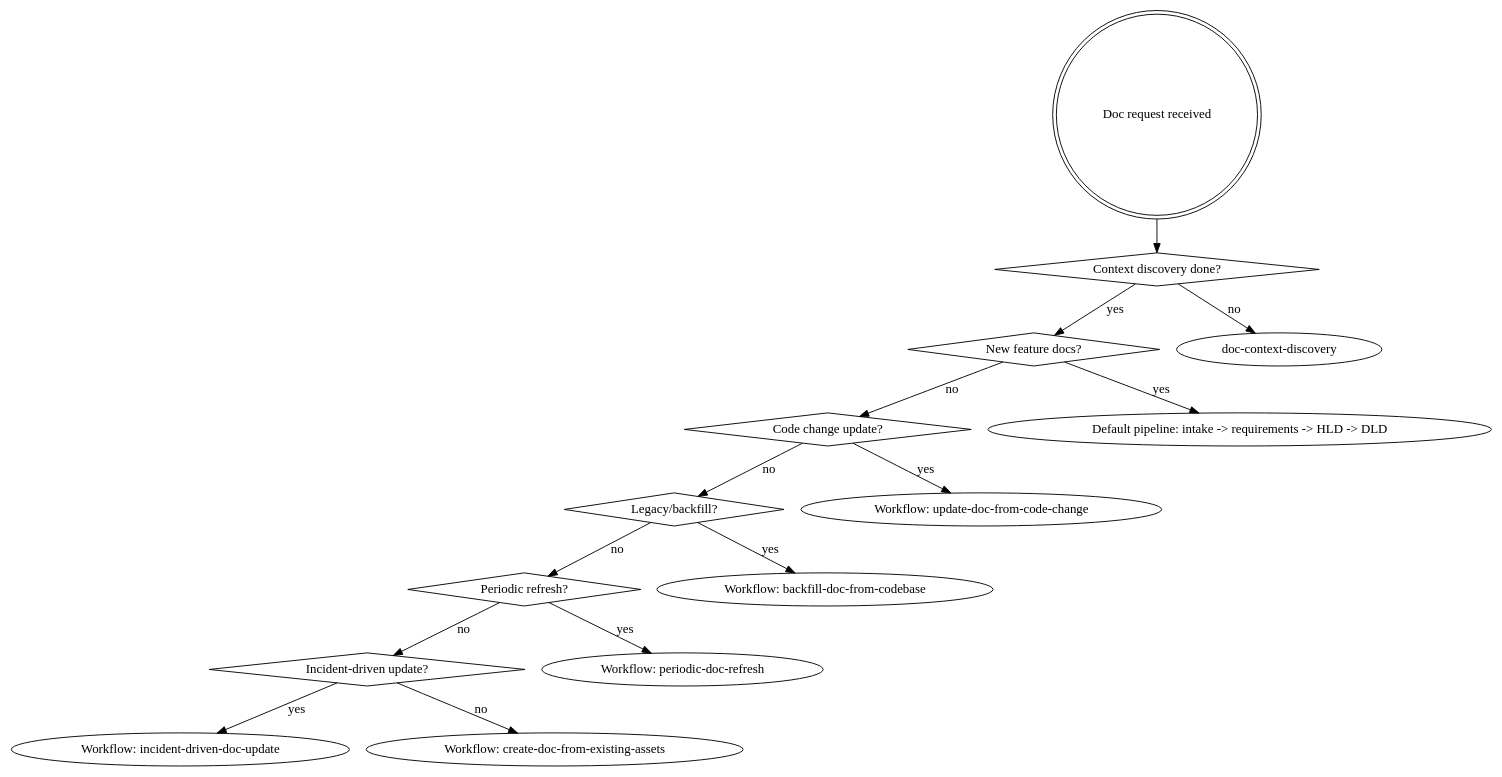
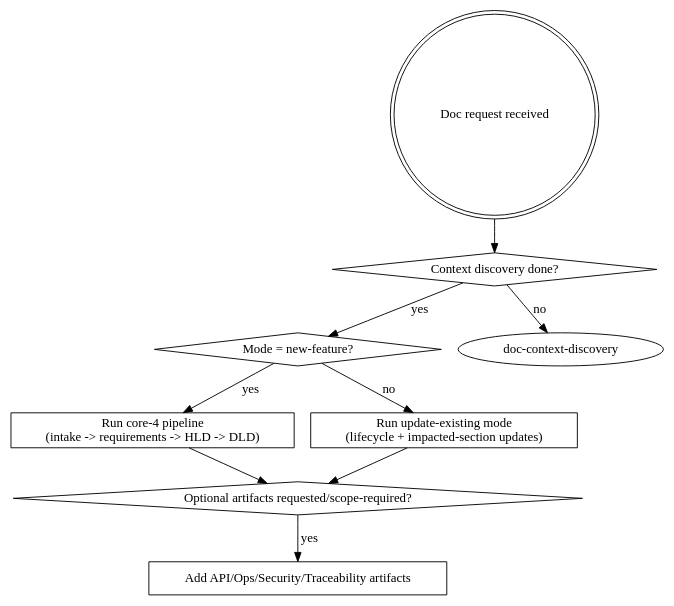
One commit to nguyenhuyhoanganh/docs-skills changed the diagram in .cline/skills/using-doc-superpowers/SKILL.md. Above: the diagram before and after it, drawn with Graphviz. The commit also changed other lines of this file and 25 other files, not shown here.

````diff
--- a/.cline/skills/using-doc-superpowers/SKILL.md
+++ b/.cline/skills/using-doc-superpowers/SKILL.md
@@ -124,26 +129,20 @@
 ```dot
 digraph workflow_router {
     "Doc request received" [shape=doublecircle];
     "Context discovery done?" [shape=diamond];
-    "New feature docs?" [shape=diamond];
-    "Code change update?" [shape=diamond];
-    "Legacy/backfill?" [shape=diamond];
-    "Periodic refresh?" [shape=diamond];
-    "Incident-driven update?" [shape=diamond];
+    "Mode = new-feature?" [shape=diamond];
+    "Run core-4 pipeline\n(intake -> requirements -> HLD -> DLD)" [shape=box];
+    "Run update-existing mode\n(lifecycle + impacted-section updates)" [shape=box];
+    "Optional artifacts requested/scope-required?" [shape=diamond];
+    "Add API/Ops/Security/Traceability artifacts" [shape=box];
 
     "Doc request received" -> "Context discovery done?";
     "Context discovery done?" -> "doc-context-discovery" [label="no"];
-    "Context discovery done?" -> "New feature docs?" [label="yes"];
-
-    "New feature docs?" -> "Default pipeline: intake -> requirements -> HLD -> DLD" [label="yes"];
-    "New feature docs?" -> "Code change update?" [label="no"];
-    "Code change update?" -> "Workflow: update-doc-from-code-change" [label="yes"];
-    "Code change update?" -> "Legacy/backfill?" [label="no"];
-    "Legacy/backfill?" -> "Workflow: backfill-doc-from-codebase" [label="yes"];
-    "Legacy/backfill?" -> "Periodic refresh?" [label="no"];
-    "Periodic refresh?" -> "Workflow: periodic-doc-refresh" [label="yes"];
-    "Periodic refresh?" -> "Incident-driven update?" [label="no"];
-    "Incident-driven update?" -> "Workflow: incident-driven-doc-update" [label="yes"];
-    "Incident-driven update?" -> "Workflow: create-doc-from-existing-assets" [label="no"];
+    "Context discovery done?" -> "Mode = new-feature?" [label="yes"];
+    "Mode = new-feature?" -> "Run core-4 pipeline\n(intake -> requirements -> HLD -> DLD)" [label="yes"];
+    "Mode = new-feature?" -> "Run update-existing mode\n(lifecycle + impacted-section updates)" [label="no"];
+    "Run core-4 pipeline\n(intake -> requirements -> HLD -> DLD)" -> "Optional artifacts requested/scope-required?";
+    "Run update-existing mode\n(lifecycle + impacted-section updates)" -> "Optional artifacts requested/scope-required?";
+    "Optional artifacts requested/scope-required?" -> "Add API/Ops/Security/Traceability artifacts" [label="yes"];
 }
 ```
````
